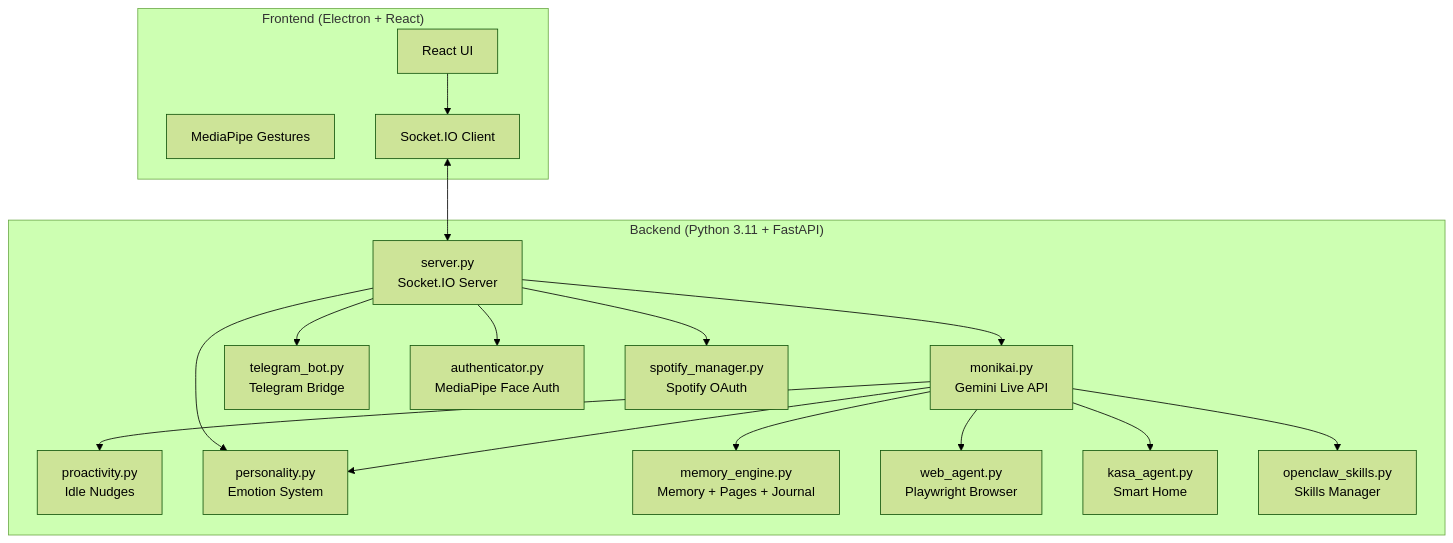
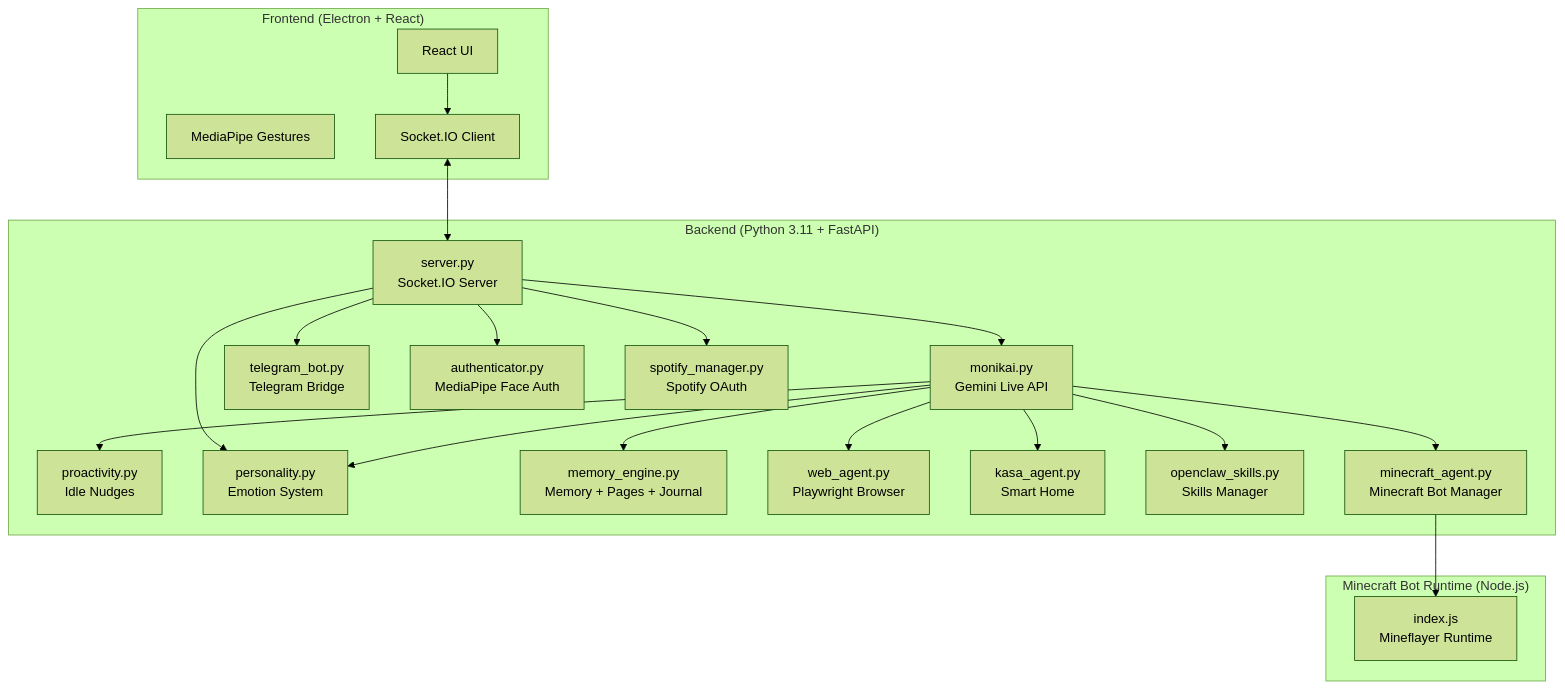
The diagram in README.md (aerokero/monikai), drawn with Mermaid (forest theme) before and after one commit. The commit also changed other lines of this file, not shown here.

Commit message:
feat: Add Minecraft agent integration and enhance bot functionality

````diff
--- a/README.md
+++ b/README.md
@@ -42,36 +45,43 @@
 ```mermaid
 graph TB
     subgraph Frontend ["Frontend (Electron + React)"]
         UI[React UI]
         GESTURE[MediaPipe Gestures]
         SOCKET_C[Socket.IO Client]
     end
     
     subgraph Backend ["Backend (Python 3.11 + FastAPI)"]
         SERVER[server.py<br/>Socket.IO Server]
         MONIKA[monikai.py<br/>Gemini Live API]
         PROACT[proactivity.py<br/>Idle Nudges]
         PERS[personality.py<br/>Emotion System]
         MEM[memory_engine.py<br/>Memory + Pages + Journal]
         WEB[web_agent.py<br/>Playwright Browser]
         KASA[kasa_agent.py<br/>Smart Home]
         TG[telegram_bot.py<br/>Telegram Bridge]
         SKILLS[openclaw_skills.py<br/>Skills Manager]
         AUTH[authenticator.py<br/>MediaPipe Face Auth]
         SPOT[spotify_manager.py<br/>Spotify OAuth]
+      MCBRIDGE[minecraft_agent.py<br/>Minecraft Bot Manager]
     end
+
+   subgraph MCBOT ["Minecraft Bot Runtime (Node.js)"]
+      MCBOTJS[index.js<br/>Mineflayer Runtime]
+   end
     
     UI --> SOCKET_C
     SOCKET_C <--> SERVER
     SERVER --> MONIKA
     SERVER --> PERS
     SERVER --> TG
     MONIKA --> WEB
     MONIKA --> KASA
     MONIKA --> PROACT
     MONIKA --> PERS
     MONIKA --> MEM
     MONIKA --> SKILLS
+   MONIKA --> MCBRIDGE
+   MCBRIDGE --> MCBOTJS
     SERVER --> SPOT
     SERVER --> AUTH
 ```
````
